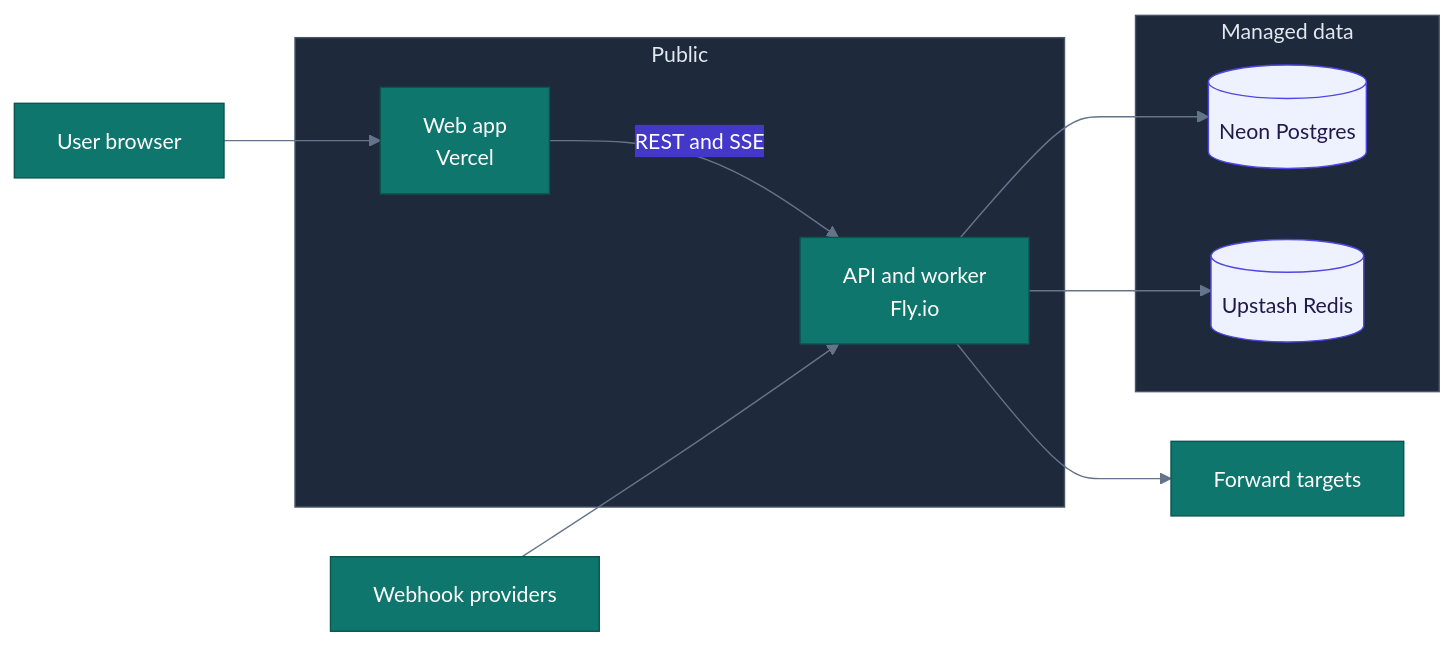
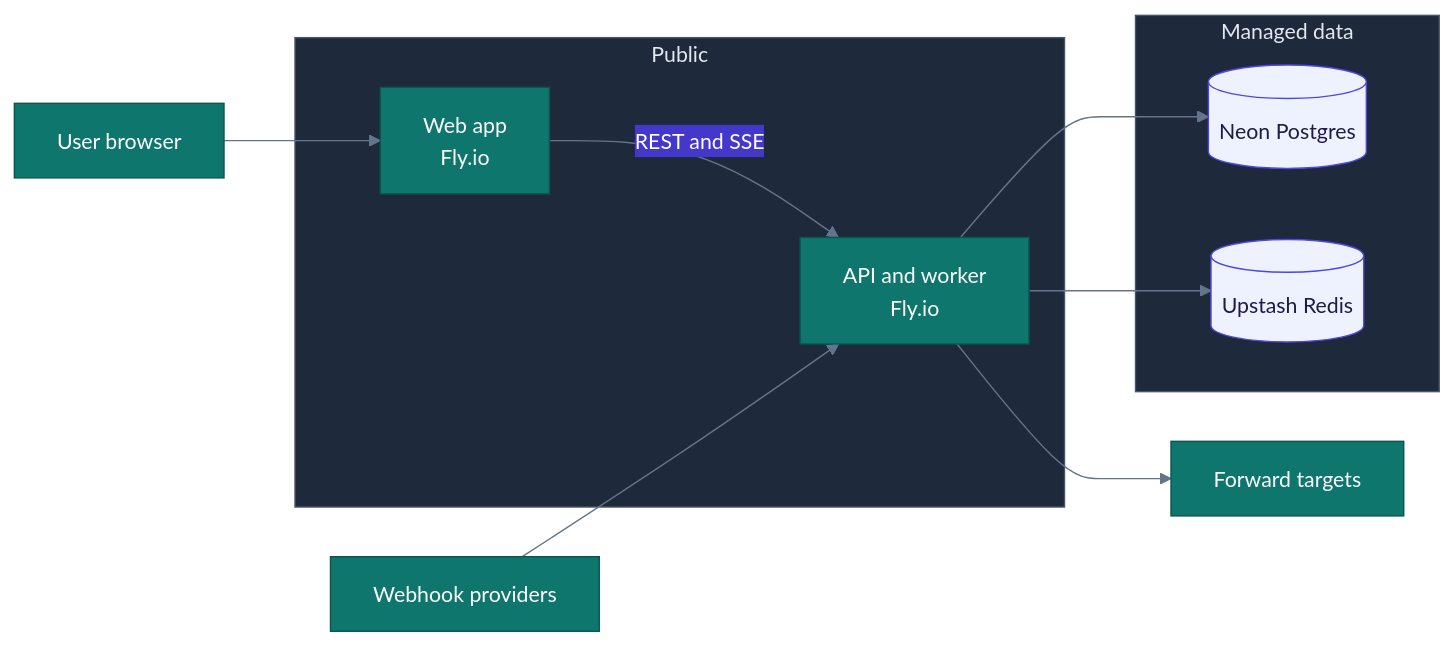
Before and after one commit to amanaverma/webhook-inspector: the sixth of 6 diagrams in docs/architecture.md, drawn with Mermaid. The commit also changed other lines of this file, not shown here.

First line of the commit message:
docs: host the web app on Fly next to the API

````diff
--- a/docs/architecture.md
+++ b/docs/architecture.md
@@ -230,22 +230,22 @@
 ```mermaid
 %%{init: {'theme':'base','themeVariables':{'fontFamily':'ui-sans-serif, system-ui, sans-serif','fontSize':'15px','primaryColor':'#0f766e','primaryTextColor':'#ffffff','primaryBorderColor':'#0b5551','secondaryColor':'#4338ca','secondaryTextColor':'#ffffff','secondaryBorderColor':'#312e9e','tertiaryColor':'#1e293b','tertiaryTextColor':'#e2e8f0','tertiaryBorderColor':'#475569','lineColor':'#64748b','textColor':'#7d8996','actorBkg':'#0f766e','actorTextColor':'#ffffff','actorBorder':'#0b5551','actorLineColor':'#94a3b8','signalColor':'#64748b','signalTextColor':'#7d8996','sequenceNumberColor':'#ffffff','noteBkgColor':'#1e293b','noteTextColor':'#e2e8f0','noteBorderColor':'#475569','labelBoxBkgColor':'#0f766e','labelBoxBorderColor':'#0b5551','labelTextColor':'#ffffff','altSectionBkgColor':'transparent','attributeBackgroundColorOdd':'transparent','attributeBackgroundColorEven':'transparent'}}}%%
 flowchart LR
     subgraph edge[Public]
-        V[Web app<br/>Vercel]
+        V[Web app<br/>Fly.io]
         FL[API and worker<br/>Fly.io]
     end
     subgraph data[Managed data]
         NE[(Neon Postgres)]
         UP[(Upstash Redis)]
     end
 
     U[User browser] --> V
     V -->|REST and SSE| FL
     W[Webhook providers] --> FL
     FL --> NE
     FL --> UP
     FL --> TG[Forward targets]
 
     classDef store fill:#eef2ff,stroke:#4f46e5,color:#1e1b4b
     class NE,UP store
 ```
````
